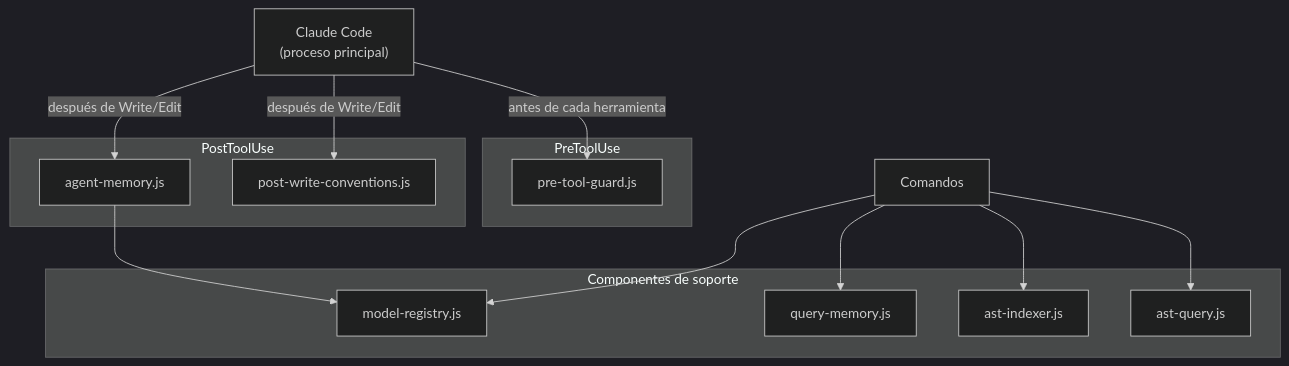
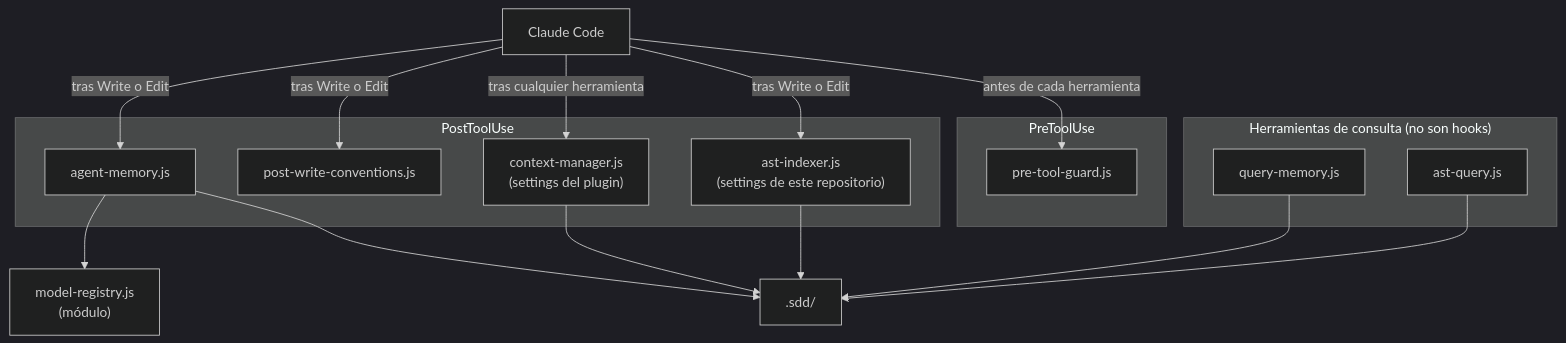
Before and after one commit to carlos060798/FORGE: the first of 3 diagrams in docs/runtime.md, drawn with Mermaid (dark theme). The commit also changed other lines of this file and 8 other files, not shown here.

````diff
--- a/docs/runtime.md
+++ b/docs/runtime.md
@@ -9,29 +12,35 @@
 ```mermaid
-graph TD
-    CC["Claude Code\n(proceso principal)"]
+flowchart TD
+    CC["Claude Code"]
 
-    subgraph "PreToolUse"
+    subgraph PRE["PreToolUse"]
         PTG["pre-tool-guard.js"]
     end
 
-    subgraph "PostToolUse"
+    subgraph POST["PostToolUse"]
         AM["agent-memory.js"]
         PWC["post-write-conventions.js"]
+        CM["context-manager.js<br/>(settings del plugin)"]
+        AI["ast-indexer.js<br/>(settings de este repositorio)"]
     end
 
-    subgraph "Componentes de soporte"
-        MR["model-registry.js"]
+    subgraph CONSULTA["Herramientas de consulta (no son hooks)"]
         QM["query-memory.js"]
-        AI["ast-indexer.js"]
         AQ["ast-query.js"]
     end
 
-    CC -->|antes de cada herramienta| PTG
-    CC -->|después de Write/Edit| AM
-    CC -->|después de Write/Edit| PWC
+    MR["model-registry.js<br/>(módulo)"]
+    SDD[".sdd/"]
+
+    CC -->|"antes de cada herramienta"| PTG
+    CC -->|"tras Write o Edit"| AM
+    CC -->|"tras Write o Edit"| PWC
+    CC -->|"tras cualquier herramienta"| CM
+    CC -->|"tras Write o Edit"| AI
     AM --> MR
-    CMD["Comandos"] --> MR
-    CMD --> QM
-    CMD --> AI
-    CMD --> AQ
+    AM --> SDD
+    CM --> SDD
+    AI --> SDD
+    QM --> SDD
+    AQ --> SDD
 ```
````
